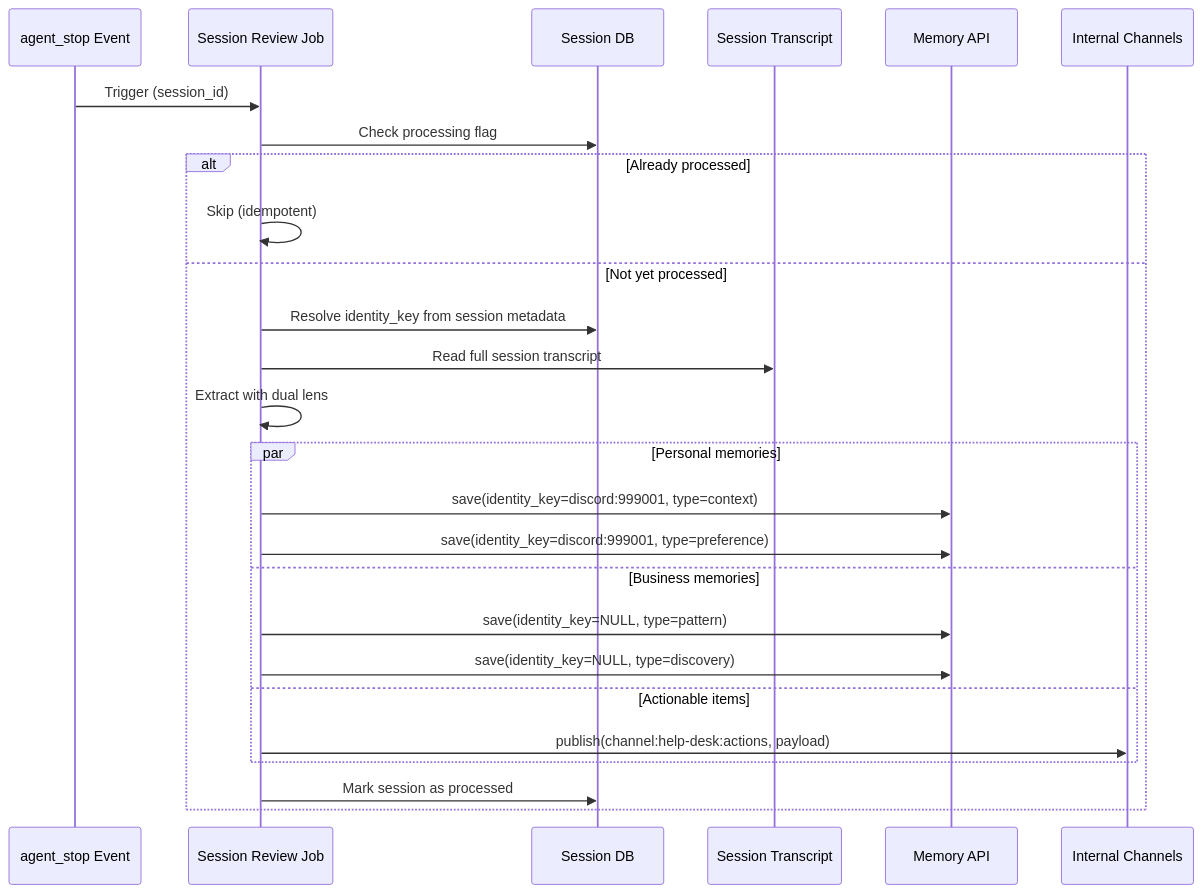
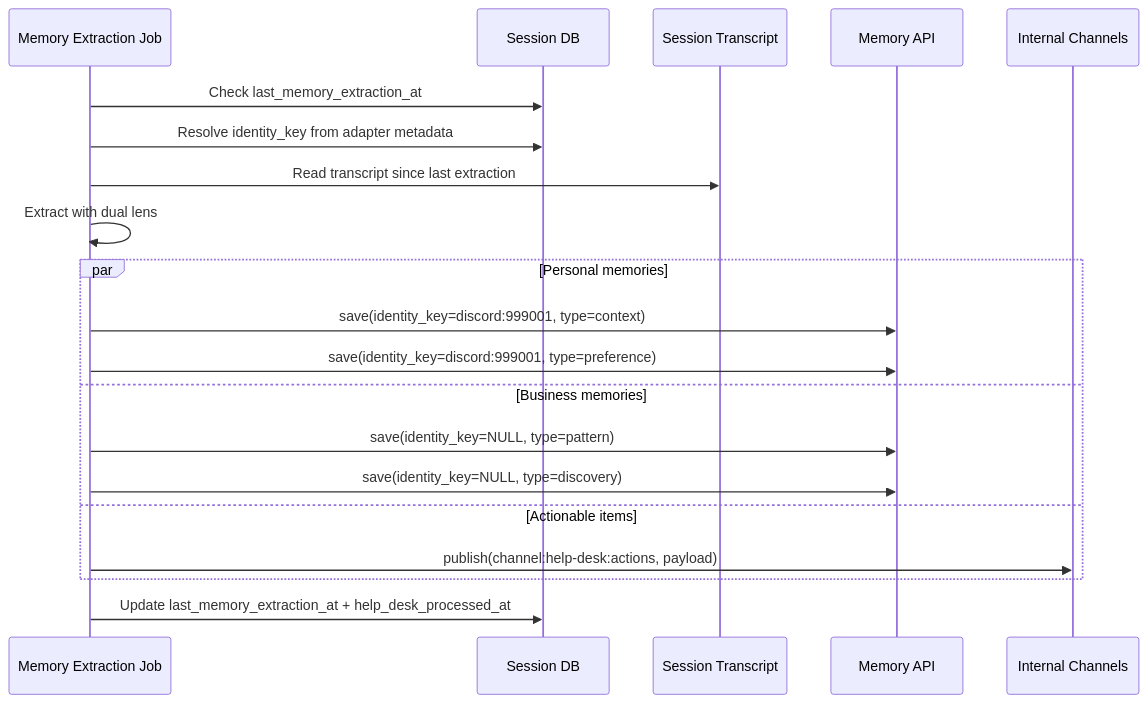
One commit to InstruktAI/TeleClaude changed the fifth of 9 diagrams in docs/project/design/architecture/help-desk-platform.md. Above: the diagram before and after it, drawn with Mermaid. The commit also changed other lines of this file, not shown here.

First line of the commit message:
feat(design): consolidate help desk platform requirements from brainstorming

````diff
--- a/docs/project/design/architecture/help-desk-platform.md
+++ b/docs/project/design/architecture/help-desk-platform.md
@@ -278,29 +414,23 @@
 ```mermaid
 sequenceDiagram
-    participant Event as agent_stop Event
-    participant Job as Session Review Job
+    participant Job as Memory Extraction Job
     participant DB as Session DB
     participant Transcript as Session Transcript
     participant Memory as Memory API
     participant Channels as Internal Channels
 
-    Event->>Job: Trigger (session_id)
-    Job->>DB: Check processing flag
-    alt Already processed
-        Job->>Job: Skip (idempotent)
-    else Not yet processed
-        Job->>DB: Resolve identity_key from session metadata
-        Job->>Transcript: Read full session transcript
-        Job->>Job: Extract with dual lens
-        par Personal memories
-            Job->>Memory: save(identity_key=discord:999001, type=context)
-            Job->>Memory: save(identity_key=discord:999001, type=preference)
-        and Business memories
-            Job->>Memory: save(identity_key=NULL, type=pattern)
-            Job->>Memory: save(identity_key=NULL, type=discovery)
-        and Actionable items
-            Job->>Channels: publish(channel:help-desk:actions, payload)
-        end
-        Job->>DB: Mark session as processed
+    Job->>DB: Check last_memory_extraction_at
+    Job->>DB: Resolve identity_key from adapter metadata
+    Job->>Transcript: Read transcript since last extraction
+    Job->>Job: Extract with dual lens
+    par Personal memories
+        Job->>Memory: save(identity_key=discord:999001, type=context)
+        Job->>Memory: save(identity_key=discord:999001, type=preference)
+    and Business memories
+        Job->>Memory: save(identity_key=NULL, type=pattern)
+        Job->>Memory: save(identity_key=NULL, type=discovery)
+    and Actionable items
+        Job->>Channels: publish(channel:help-desk:actions, payload)
     end
+    Job->>DB: Update last_memory_extraction_at + help_desk_processed_at
 ```
````
